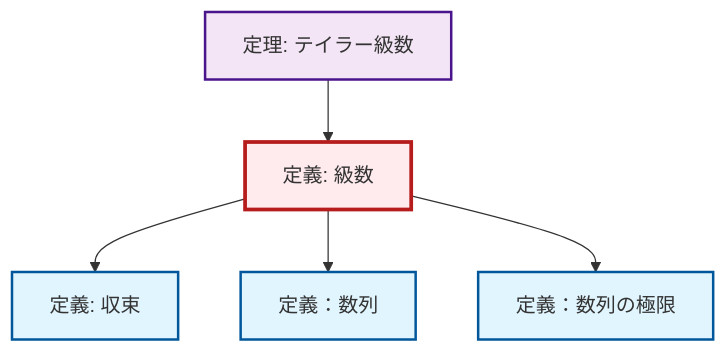
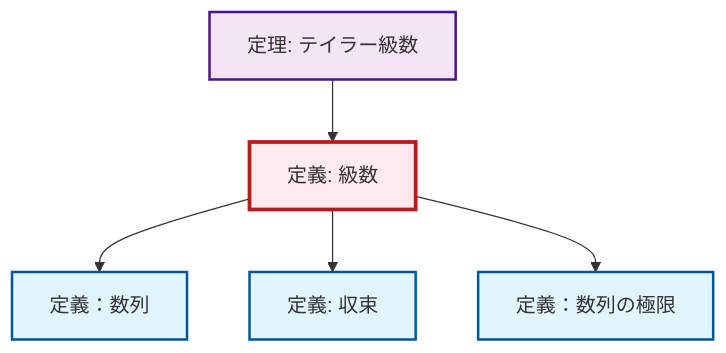
One commit to RK0429/ModernMath changed the diagram in content/ja/analysis/def-series.qmd. Above: the diagram before and after it, drawn with Mermaid. The commit also changed other lines of this file and 1012 other files, not shown here.

````diff
--- a/content/ja/analysis/def-series.qmd
+++ b/content/ja/analysis/def-series.qmd
@@ -91,23 +91,23 @@
 ```{mermaid}
 %%| fig-cap: "Local dependency graph"
 graph TD
     classDef definition fill:#e1f5fe,stroke:#01579b,stroke-width:2px
     classDef theorem fill:#f3e5f5,stroke:#4a148c,stroke-width:2px
     classDef axiom fill:#fff3e0,stroke:#e65100,stroke-width:2px
     classDef example fill:#e8f5e9,stroke:#1b5e20,stroke-width:2px
     classDef current fill:#ffebee,stroke:#b71c1c,stroke-width:3px
     def-limit["定義：数列の極限"]:::definition
     def-series["定義: 級数"]:::definition
+    def-convergence["定義: 収束"]:::definition
     def-sequence["定義：数列"]:::definition
-    def-convergence["定義: 収束"]:::definition
     thm-taylor-series["定理: テイラー級数"]:::theorem
     thm-taylor-series --> def-series
+    def-series --> def-sequence
     def-series --> def-convergence
-    def-series --> def-sequence
     def-series --> def-limit
     class def-series current
     click def-limit "def-limit.html" "定義：数列の極限へ"
+    click def-convergence "def-convergence.html" "収束の定義へ"
     click def-sequence "def-sequence.html" "定義：数列へ"
-    click def-convergence "def-convergence.html" "収束の定義へ"
     click thm-taylor-series "thm-taylor-series.html" "テイラー級数の定理へ"
 ```
````
